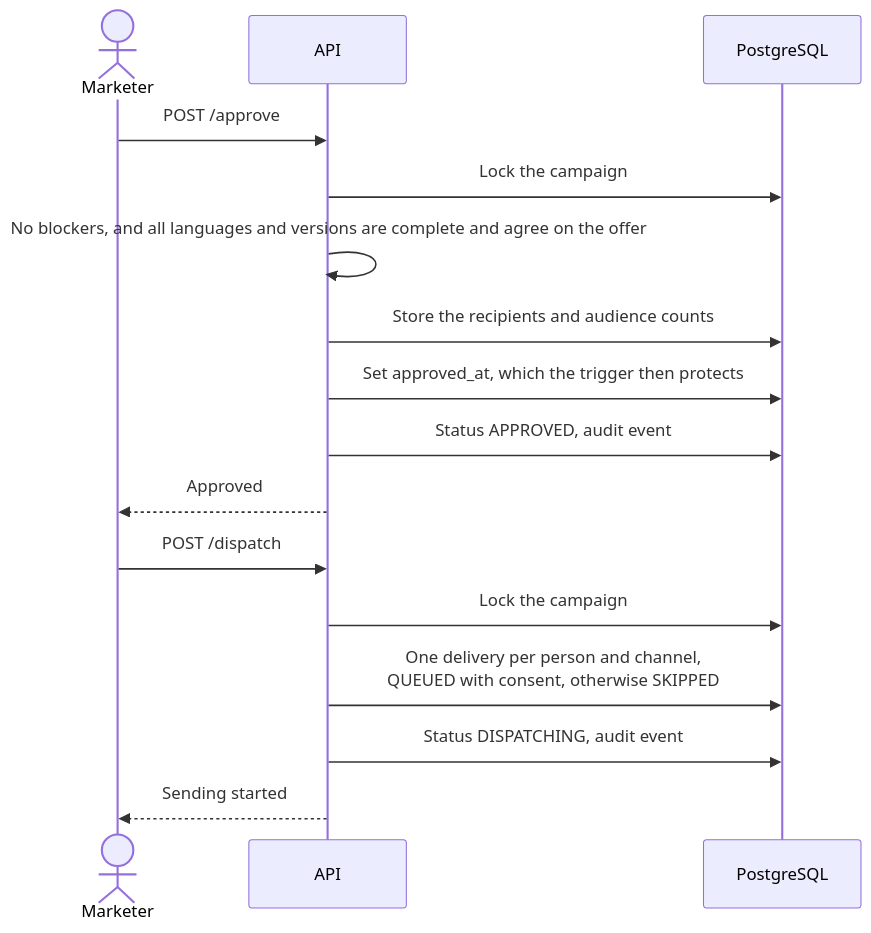
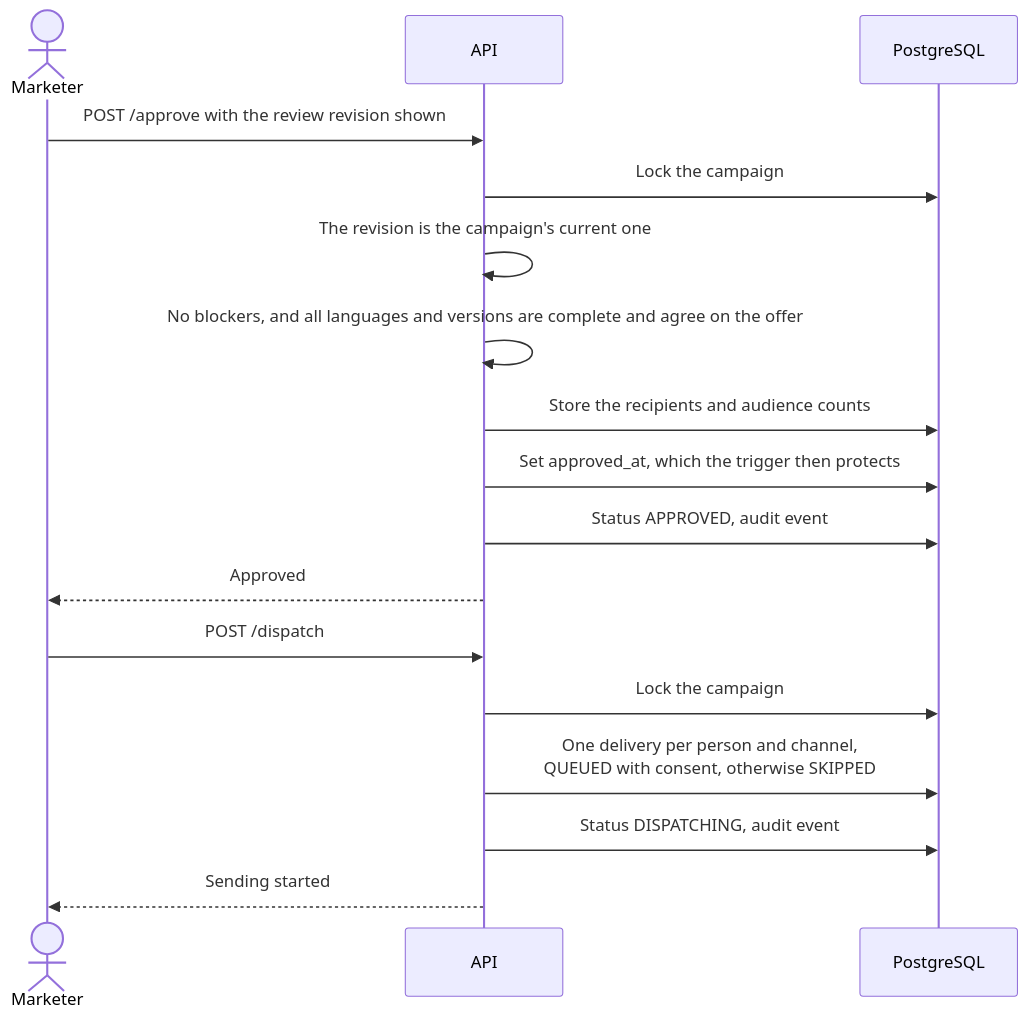
The fifth of 13 diagrams in docs/flows.md (negativexq/smart-campaign-composer), drawn with Mermaid before and after one commit. The commit also changed 20 other files, not shown here.

Commit message:
fix: require the review revision on every approval

````diff
--- a/docs/flows.md
+++ b/docs/flows.md
@@ -145,20 +145,21 @@
 ```mermaid
 sequenceDiagram
     actor M as Marketer
     participant A as API
     participant D as PostgreSQL
 
-    M->>A: POST /approve
+    M->>A: POST /approve with the review revision shown
     A->>D: Lock the campaign
+    A->>A: The revision is the campaign's current one
     A->>A: No blockers, and all languages and versions are complete and agree on the offer
     A->>D: Store the recipients and audience counts
     A->>D: Set approved_at, which the trigger then protects
     A->>D: Status APPROVED, audit event
     A-->>M: Approved
 
     M->>A: POST /dispatch
     A->>D: Lock the campaign
     A->>D: One delivery per person and channel,<br/>QUEUED with consent, otherwise SKIPPED
     A->>D: Status DISPATCHING, audit event
     A-->>M: Sending started
 ```
````
